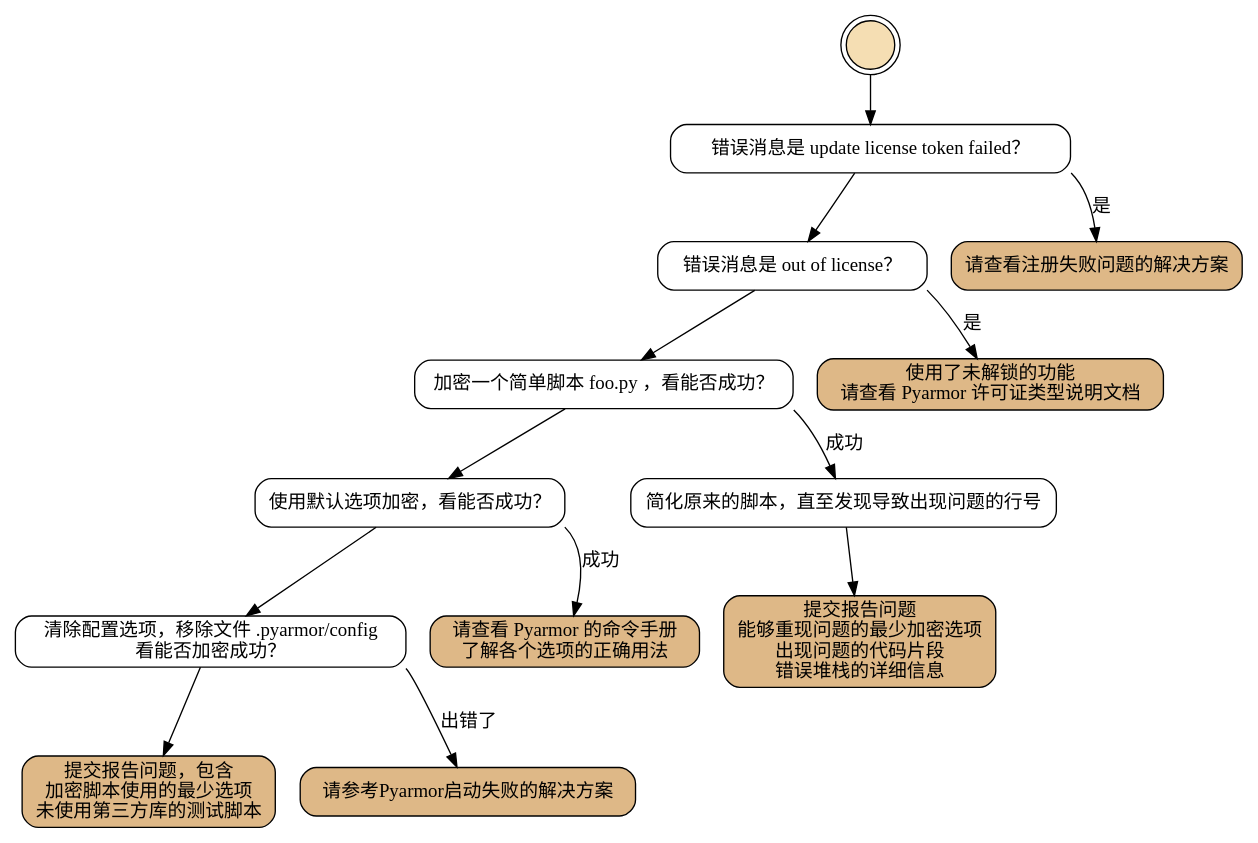
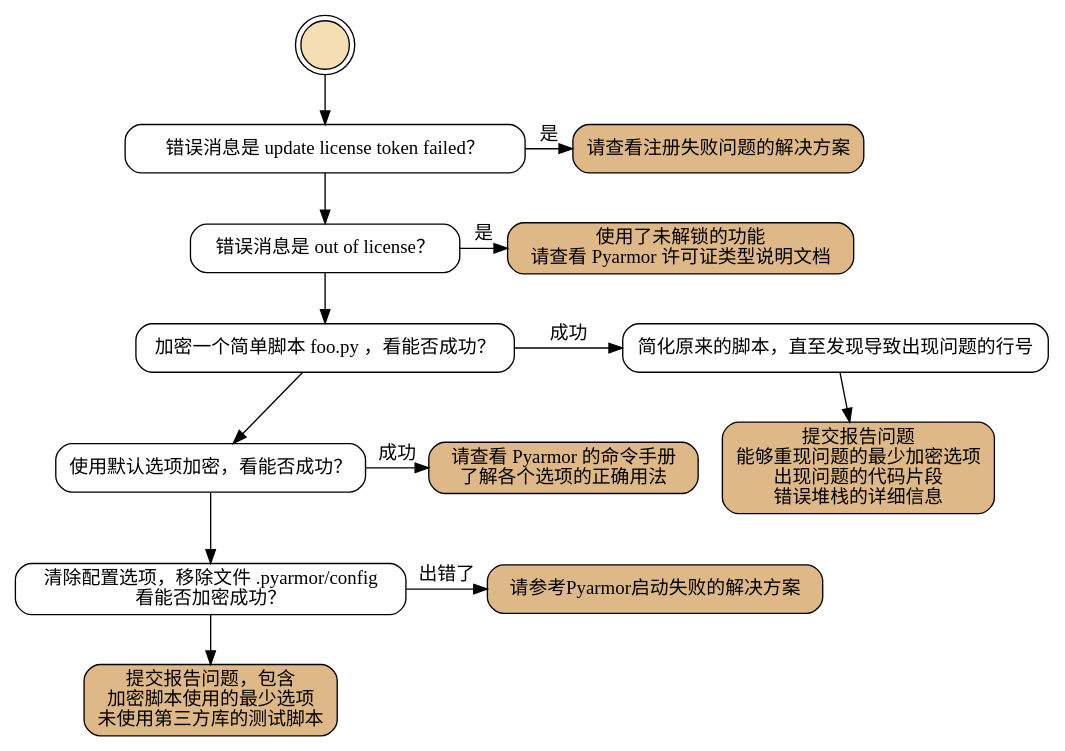
One commit to dashingsoft/dashingsoft.github.io changed the first of 5 diagrams in pyarmor/learn/zh/how-to.rst. Above: the diagram before and after it, drawn with Graphviz. The commit also changed other lines of this file and 1 other file, not shown here.

Commit message:
Refine graph with rand=same

```diff
--- a/pyarmor/learn/zh/how-to.rst
+++ b/pyarmor/learn/zh/how-to.rst
@@ -28,54 +28,53 @@
 .. graphviz::
    :caption: 加密问题解决方案
    :align: center
    :name: graph-generate-script-issue
 
    digraph G {
       node [shape=box, style=rounded]
 
       start [shape="doublecircle", label="",
              style="filled", fillcolor="wheat"]
 
       subgraph P0 {
           rankdir="TB"
           style="setlinewidth(0)"
 
           s1 [label="错误消息是 update license token failed？"]
           s2 [label="错误消息是 out of license？"]
           s3 [label="加密一个简单脚本 foo.py ，看能否成功？"]
           s4 [label="使用默认选项加密，看能否成功？"]
           s5 [label="清除配置选项，移除文件 .pyarmor/config\n看能否加密成功？"]
 
           s31 [label="简化原来的脚本，直至发现导致出现问题的行号"]
       }
 
       subgraph P1 {
           node [
              style="filled,rounded",
              fillcolor="burlywood",
              ]
 
           n1 [href="https://pyarmor.readthedocs.io/zh/latest/reference/solutions.html#fix-register-issue"
               label="请查看注册失败问题的解决方案"]
           n2 [href="https://pyarmor.readthedocs.io/zh/latest/licenses.html"
               label="使用了未解锁的功能\n请查看 Pyarmor 许可证类型说明文档"]
           n3 [href="https://github.com/dashingsoft/pyarmor/issues"
               label="提交报告问题\n能够重现问题的最少加密选项\n出现问题的代码片段\n错误堆栈的详细信息"]
           n4 [href="https://pyarmor.readthedocs.io/zh/latest/reference/man.html#pyarmor-gen"
               label="请查看 Pyarmor 的命令手册\n了解各个选项的正确用法"]
           n5 [href="https://pyarmor.readthedocs.io/zh/latest/reference/solutions.html#fix-bootstrap-issue"
               label="请参考Pyarmor启动失败的解决方案"]
           nr [href="https://github.com/dashingsoft/pyarmor/issues"
               label="提交报告问题，包含\n加密脚本使用的最少选项\n未使用第三方库的测试脚本"]
       }
 
       start -> s1 -> s2 -> s3 -> s4 -> s5 -> nr
       s31 -> n3
 
-      edge [tailport=se]
-      s1 -> n1 [label="是"]
-      s2 -> n2 [label="是"]
-      s3 -> s31 [label="成功"]
-      s4 -> n4 [label="成功"]
-      s5 -> n5 [label="出错了"]
+      rank=same { s1 -> n1 [label="是"] }
+      rank=same { s2 -> n2 [label="是"] }
+      rank=same { s3 -> s31 [label="成功"] }
+      rank=same { s4 -> n4 [label="成功"] }
+      rank=same { s5 -> n5 [label="出错了"] }
    }
```
